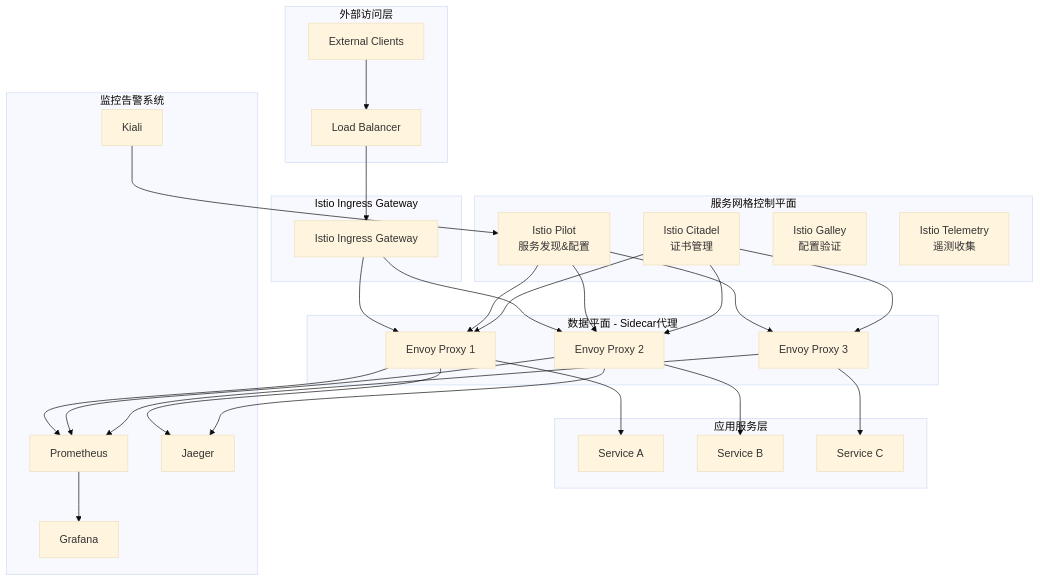
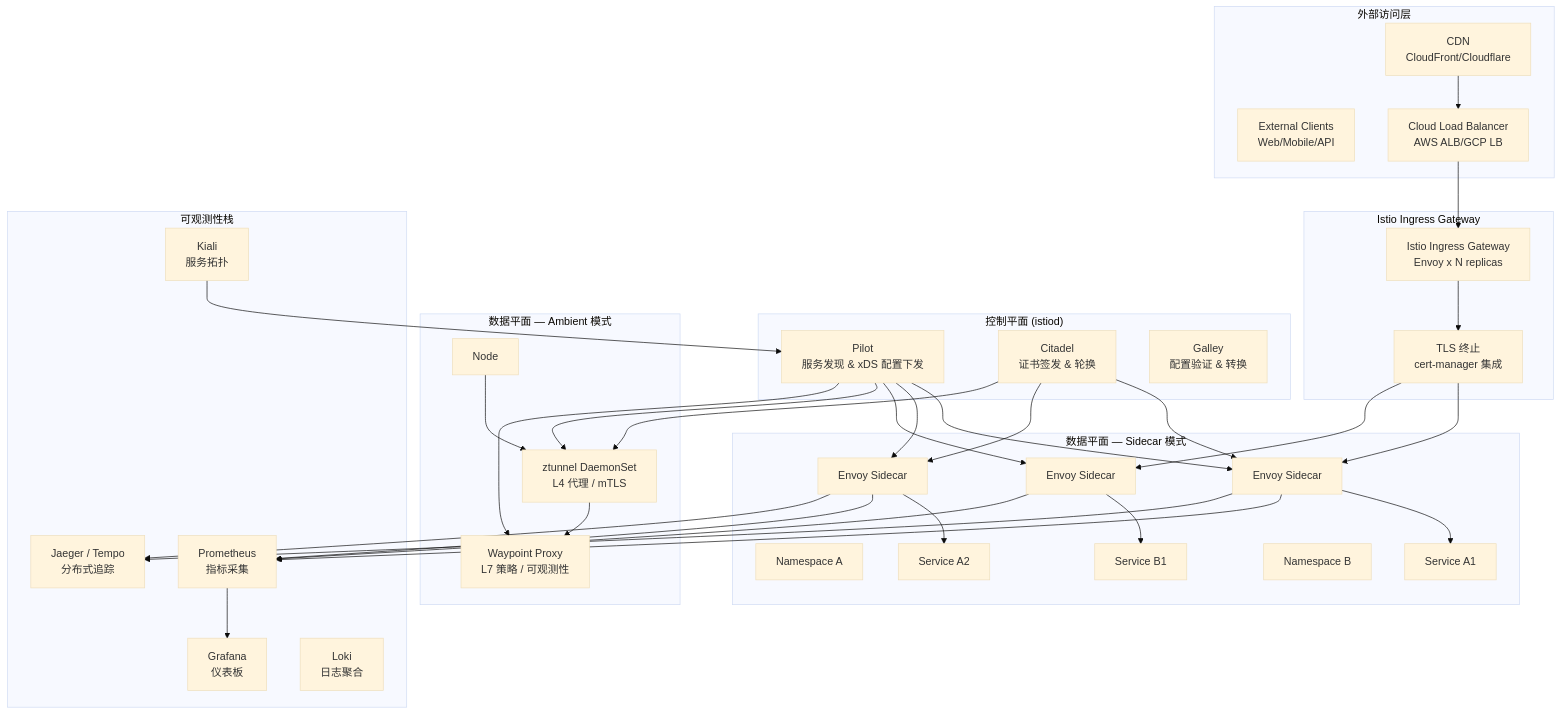
One commit to kudig-io/kudig-database changed the diagram in domain-26-service-mesh-microservices/01-istio-enterprise-service-mesh.md. Above: the diagram before and after it, drawn with Mermaid (base theme). The commit also changed other lines of this file and 8633 other files, not shown here.

````diff
--- a/domain-26-service-mesh-microservices/01-istio-enterprise-service-mesh.md
+++ b/domain-26-service-mesh-microservices/01-istio-enterprise-service-mesh.md
@@ -102,58 +63,70 @@
 ```mermaid
 graph TB
     subgraph "外部访问层"
-        EXT[External Clients]
-        LB[Load Balancer]
+        EXT[External Clients<br/>Web/Mobile/API]
+        LB[Cloud Load Balancer<br/>AWS ALB/GCP LB]
+        CDN[CDN<br/>CloudFront/Cloudflare]
     end
-    
+
     subgraph "Istio Ingress Gateway"
-        IG[Istio Ingress Gateway]
+        IG[Istio Ingress Gateway<br/>Envoy x N replicas]
+        IG_TLS[TLS 终止<br/>cert-manager 集成]
     end
-    
-    subgraph "服务网格控制平面"
-        PILOT[Istio Pilot<br/>服务发现&配置]
-        CITADEL[Istio Citadel<br/>证书管理]
-        GALLEY[Istio Galley<br/>配置验证]
-        TELEM[Istio Telemetry<br/>遥测收集]
+
+    subgraph "控制平面 (istiod)"
+        PILOT[Pilot<br/>服务发现 & xDS 配置下发]
+        CITADEL[Citadel<br/>证书签发 & 轮换]
+        GALLEY[Galley<br/>配置验证 & 转换]
     end
-    
-    subgraph "数据平面 - Sidecar代理"
-        PROXY1[Envoy Proxy 1]
-        PROXY2[Envoy Proxy 2]
-        PROXY3[Envoy Proxy 3]
+
+    subgraph "数据平面 — Sidecar 模式"
+        NS_A[Namespace A]
+        PROXY_A1[Envoy Sidecar]
+        SVC_A1[Service A1]
+        PROXY_A2[Envoy Sidecar]
+        SVC_A2[Service A2]
+
+        NS_B[Namespace B]
+        PROXY_B1[Envoy Sidecar]
+        SVC_B1[Service B1]
     end
-    
-    subgraph "应用服务层"
-        SVC1[Service A]
-        SVC2[Service B]
-        SVC3[Service C]
+
+    subgraph "数据平面 — Ambient 模式"
+        NODE[Node]
+        ZT[ztunnel DaemonSet<br/>L4 代理 / mTLS]
+        WP[Waypoint Proxy<br/>L7 策略 / 可观测性]
     end
-    
-    subgraph "监控告警系统"
-        PROM[Prometheus]
-        GRAF[Grafana]
-        JAEGER[Jaeger]
-        KIALI[Kiali]
+
+    subgraph "可观测性栈"
+        PROM[Prometheus<br/>指标采集]
+        GRAF[Grafana<br/>仪表板]
+        JAEGER[Jaeger / Tempo<br/>分布式追踪]
+        KIALI[Kiali<br/>服务拓扑]
+        LOKI[Loki<br/>日志聚合]
     end
-    
-    EXT --> LB
-    LB --> IG
-    IG --> PROXY1
-    IG --> PROXY2
-    PILOT --> PROXY1
-    PILOT --> PROXY2
-    PILOT --> PROXY3
-    CITADEL --> PROXY1
-    CITADEL --> PROXY2
-    CITADEL --> PROXY3
-    PROXY1 --> SVC1
-    PROXY2 --> SVC2
-    PROXY3 --> SVC3
-    PROXY1 --> PROM
-    PROXY2 --> PROM
-    PROXY3 --> PROM
+
+    CDN --> LB --> IG
+    IG --> IG_TLS
+    IG_TLS --> PROXY_A1
+    IG_TLS --> PROXY_B1
+
+    PILOT --> PROXY_A1
+    PILOT --> PROXY_A2
+    PILOT --> PROXY_B1
+    PILOT --> ZT
+    PILOT --> WP
+    CITADEL --> PROXY_A1
+    CITADEL --> PROXY_A2
+    CITADEL --> ZT
+
+    PROXY_A1 --> SVC_A1
+    PROXY_A2 --> SVC_A2
+    PROXY_B1 --> SVC_B1
+
+    NODE --> ZT --> WP
+
+    PROXY_A1 & PROXY_A2 & PROXY_B1 --> PROM
     PROM --> GRAF
-    PROXY1 --> JAEGER
-    PROXY2 --> JAEGER
+    PROXY_A1 & PROXY_A2 --> JAEGER
     KIALI --> PILOT
 ```
````
